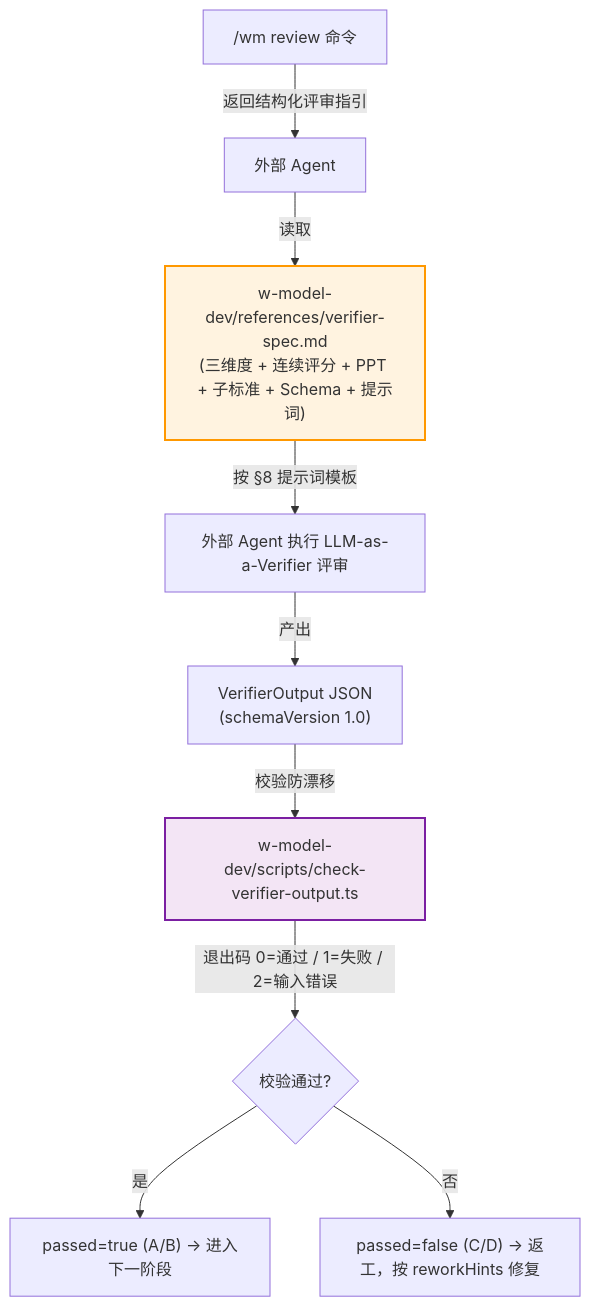
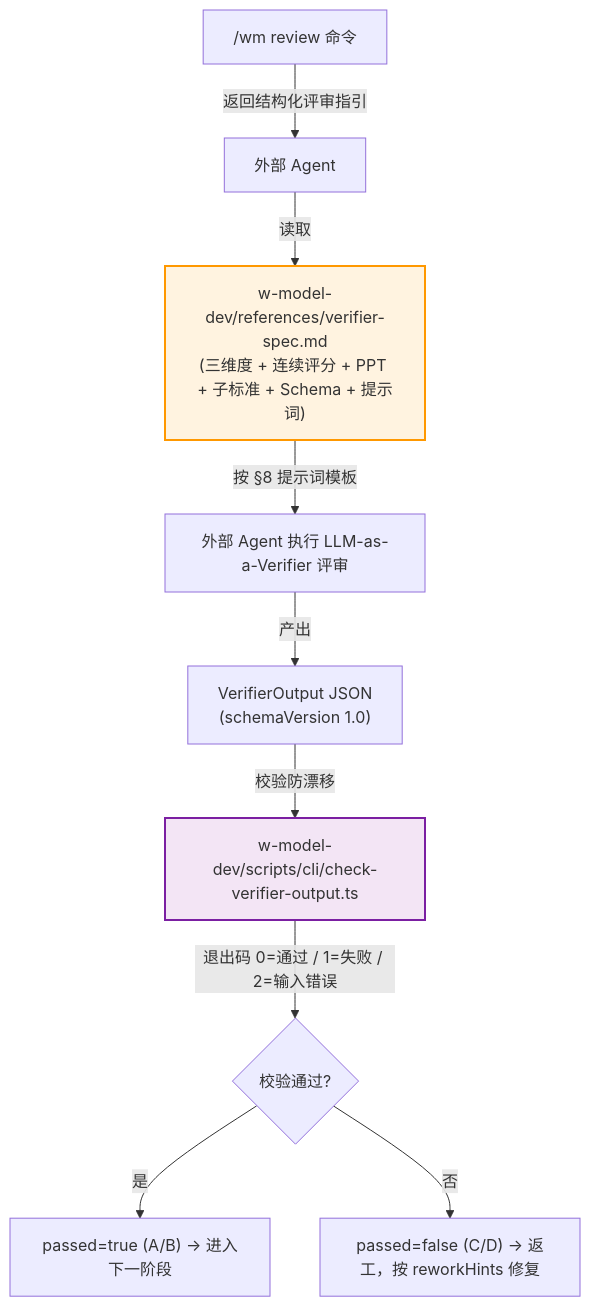
Before and after one commit to WangHHY19931001/Software_Engineering_W_Development_Model_Skills_Pack: the diagram in docs/llm-verifier-integration-design.md, drawn with Mermaid. The commit also changed other lines of this file and 214 other files, not shown here.

Commit message:
refactor(scripts): split scripts into cli/logic/lib layers and sync all path references

````diff
--- a/docs/llm-verifier-integration-design.md
+++ b/docs/llm-verifier-integration-design.md
@@ -38,14 +38,14 @@
 ```mermaid
 flowchart TD
     A["/wm review <target> 命令"] -->|返回结构化评审指引| B["外部 Agent"]
     B -->|读取| C["w-model-dev/references/verifier-spec.md<br/>(三维度 + 连续评分 + PPT + 子标准 + Schema + 提示词)"]
     C -->|按 §8 提示词模板| D["外部 Agent 执行 LLM-as-a-Verifier 评审"]
     D -->|产出| E["VerifierOutput JSON<br/>(schemaVersion 1.0)"]
-    E -->|校验防漂移| F["w-model-dev/scripts/check-verifier-output.ts"]
+    E -->|校验防漂移| F["w-model-dev/scripts/cli/check-verifier-output.ts"]
     F -->|退出码 0=通过 / 1=失败 / 2=输入错误| G{校验通过?}
     G -->|是| H["passed=true (A/B) → 进入下一阶段"]
     G -->|否| I["passed=false (C/D) → 返工，按 reworkHints 修复"]
 
     style C fill:#fff3e0,stroke:#ff9800,stroke-width:2px
     style F fill:#f3e5f5,stroke:#7b1fa2,stroke-width:2px
 ```
````
